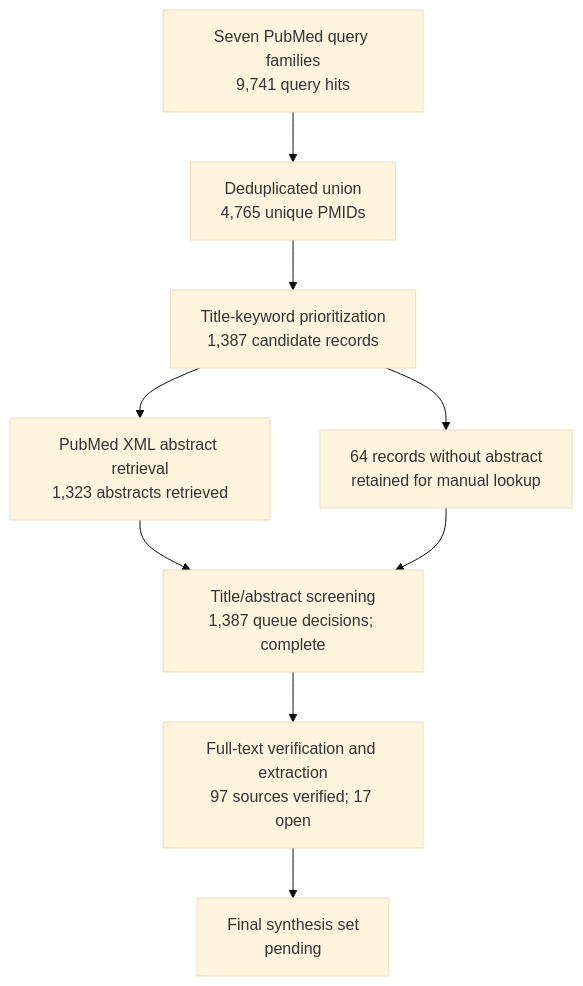
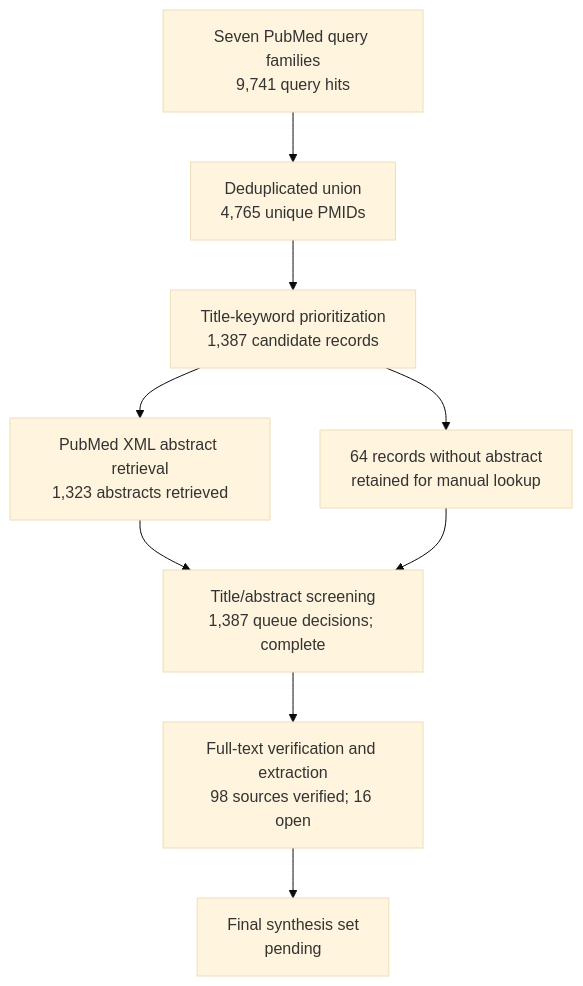
Before and after one commit to dcmcshan/artemisia: the diagram in manuscript/review-flow.md, drawn with Mermaid (base theme). The commit also changed other lines of this file and 11 other files, not shown here.

````diff
--- a/manuscript/review-flow.md
+++ b/manuscript/review-flow.md
@@ -5,11 +5,11 @@
 ```mermaid
 flowchart TB
   Q[Seven PubMed query families<br/>9,741 query hits] --> U[Deduplicated union<br/>4,765 unique PMIDs]
   U --> T[Title-keyword prioritization<br/>1,387 candidate records]
   T --> A[PubMed XML abstract retrieval<br/>1,323 abstracts retrieved]
   T --> N[64 records without abstract<br/>retained for manual lookup]
   A --> M[Title/abstract screening<br/>1,387 queue decisions; complete]
   N --> M
-  M --> F[Full-text verification and extraction<br/>97 sources verified; 17 open]
+  M --> F[Full-text verification and extraction<br/>98 sources verified; 16 open]
   F --> S[Final synthesis set<br/>pending]
 ```
````
